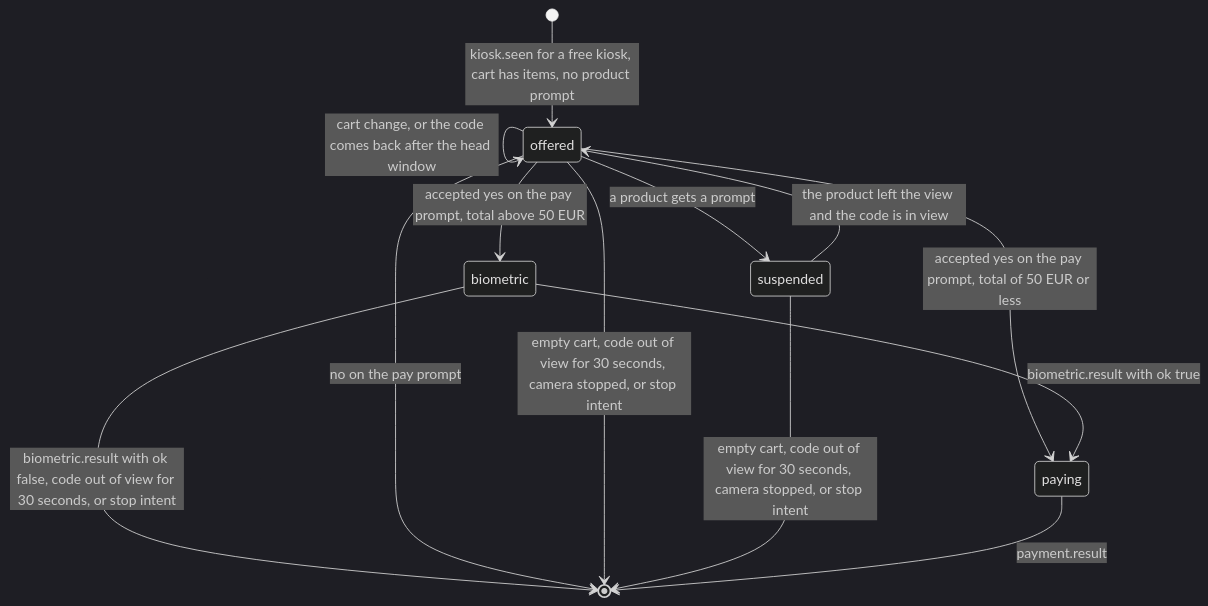
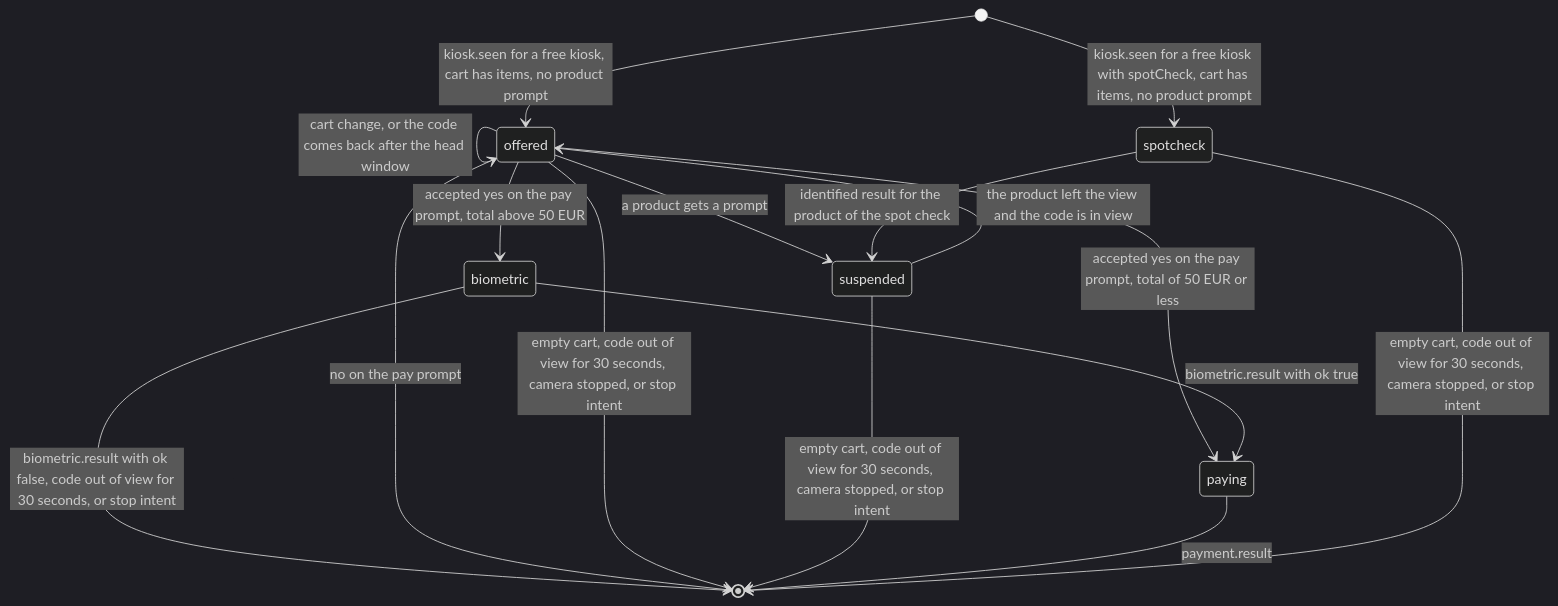
Before and after one commit to mrBymax/glance: the fifth of 5 diagrams in docs/architecture.md, drawn with Mermaid (dark theme). The commit also changed other lines of this file and 14 other files, not shown here.

Commit message:
feat(server): add the spot check before the pay prompt

````diff
--- a/docs/architecture.md
+++ b/docs/architecture.md
@@ -233,15 +233,18 @@
 ```mermaid
 stateDiagram-v2
   [*] --> offered: kiosk.seen for a free kiosk, cart has items, no product prompt
   offered --> suspended: a product gets a prompt
   suspended --> offered: the product left the view and the code is in view
   offered --> offered: cart change, or the code comes back after the head window
   offered --> paying: accepted yes on the pay prompt, total of 50 EUR or less
   offered --> biometric: accepted yes on the pay prompt, total above 50 EUR
   biometric --> paying: biometric.result with ok true
   biometric --> [*]: biometric.result with ok false, code out of view for 30 seconds, or stop intent
   offered --> [*]: no on the pay prompt
   offered --> [*]: empty cart, code out of view for 30 seconds, camera stopped, or stop intent
   suspended --> [*]: empty cart, code out of view for 30 seconds, camera stopped, or stop intent
   paying --> [*]: payment.result
+  [*] --> spotcheck: kiosk.seen for a free kiosk with spotCheck, cart has items, no product prompt
+  spotcheck --> suspended: identified result for the product of the spot check
+  spotcheck --> [*]: empty cart, code out of view for 30 seconds, camera stopped, or stop intent
 ```
````
